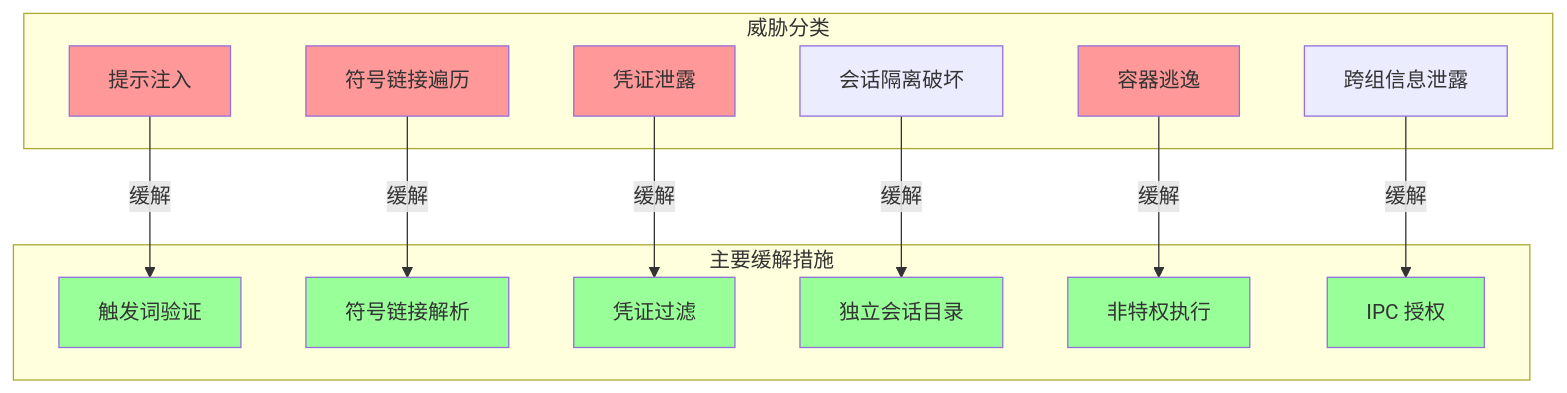
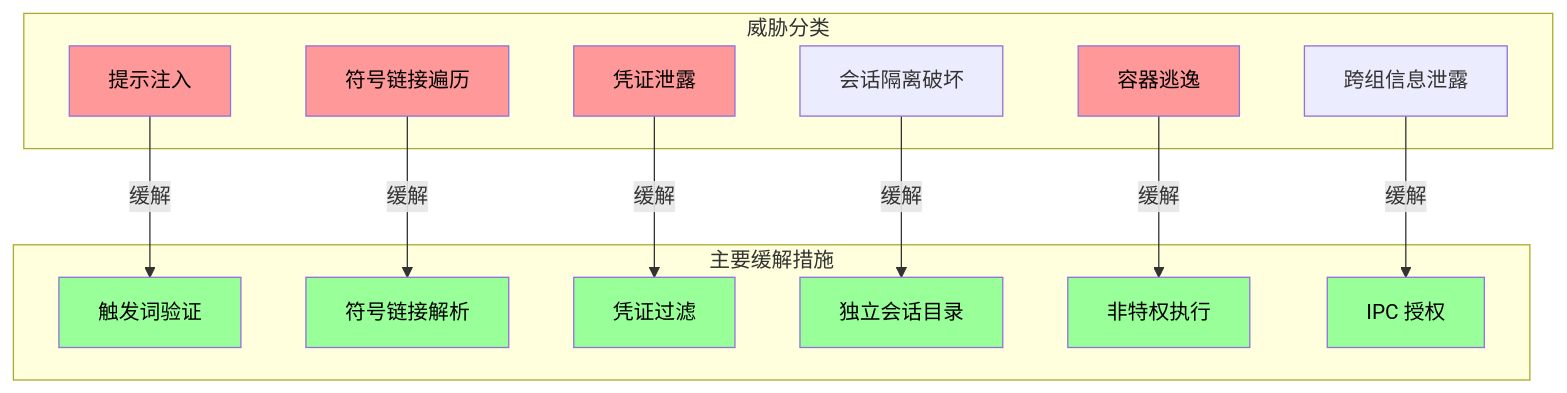
One commit to cloudyan/nanoclaw changed the second of 4 diagrams in analysis/30-安全设计深度解析.md. Above: the diagram before and after it, drawn with Mermaid. The commit also changed other lines of this file and 1 other file, not shown here.

Commit message:
docs: improve diagram readability with explicit text color

````diff
--- a/analysis/30-安全设计深度解析.md
+++ b/analysis/30-安全设计深度解析.md
@@ -178,38 +178,38 @@
 ```mermaid
 graph TD
     subgraph "威胁分类"
         INJECTION[提示注入]
         SYMLINK[符号链接遍历]
         CREDENTIAL[凭证泄露]
         SESSION[会话隔离破坏]
         ESCAPE[容器逃逸]
         XGROUP[跨组信息泄露]
     end
 
     subgraph "主要缓解措施"
         M1[触发词验证]
         M2[符号链接解析]
         M3[凭证过滤]
         M4[独立会话目录]
         M5[非特权执行]
         M6[IPC 授权]
     end
 
     INJECTION -->|缓解| M1
     SYMLINK -->|缓解| M2
     CREDENTIAL -->|缓解| M3
     SESSION -->|缓解| M4
     ESCAPE -->|缓解| M5
     XGROUP -->|缓解| M6
 
-    style INJECTION fill:#ff9999
-    style SYMLINK fill:#ff9999
-    style CREDENTIAL fill:#ff9999
-    style ESCAPE fill:#ff9999
-    style M1 fill:#99ff99
-    style M2 fill:#99ff99
-    style M3 fill:#99ff99
-    style M4 fill:#99ff99
-    style M5 fill:#99ff99
-    style M6 fill:#99ff99
+    style INJECTION fill:#ff9999,color:#000000
+    style SYMLINK fill:#ff9999,color:#000000
+    style CREDENTIAL fill:#ff9999,color:#000000
+    style ESCAPE fill:#ff9999,color:#000000
+    style M1 fill:#99ff99,color:#000000
+    style M2 fill:#99ff99,color:#000000
+    style M3 fill:#99ff99,color:#000000
+    style M4 fill:#99ff99,color:#000000
+    style M5 fill:#99ff99,color:#000000
+    style M6 fill:#99ff99,color:#000000
 ```
````
